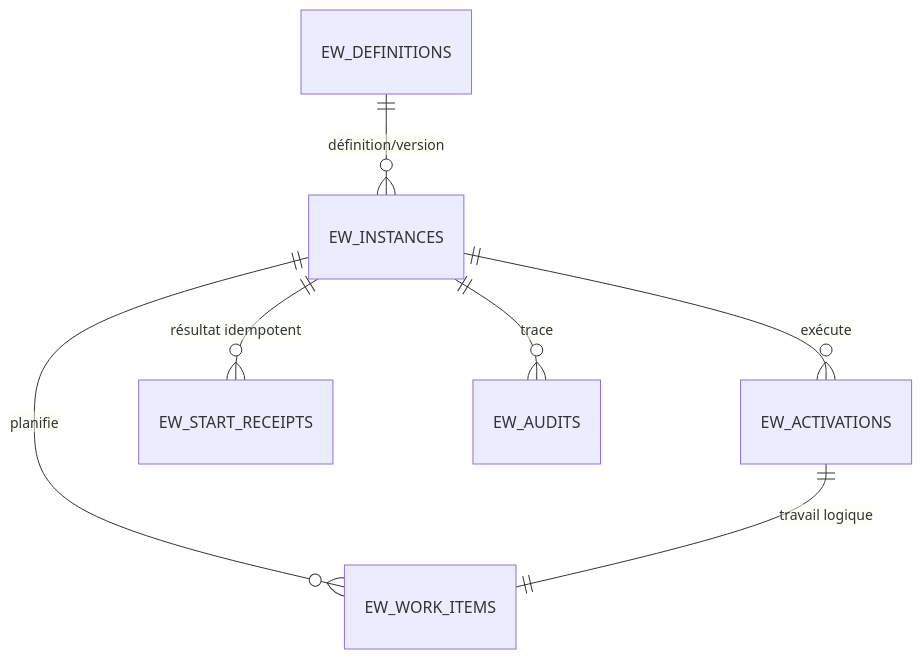
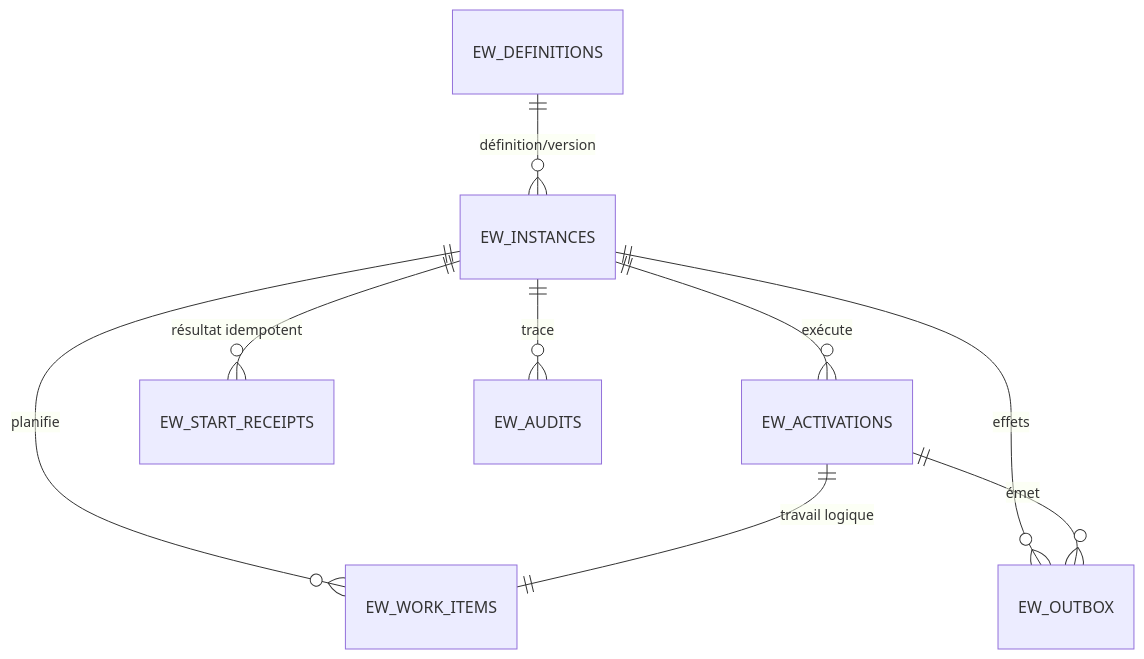
Before and after one commit to mbo2olivier/enterprise-workflow: the diagram in docs/architecture/oracle-schema.md, drawn with Mermaid. The commit also changed other lines of this file and 52 other files, not shown here.

````diff
--- a/docs/architecture/oracle-schema.md
+++ b/docs/architecture/oracle-schema.md
@@ -9,9 +9,11 @@
 ```mermaid
 erDiagram
     EW_DEFINITIONS ||--o{ EW_INSTANCES : "définition/version"
     EW_INSTANCES ||--o{ EW_ACTIVATIONS : "exécute"
     EW_INSTANCES ||--o{ EW_WORK_ITEMS : "planifie"
     EW_ACTIVATIONS ||--|| EW_WORK_ITEMS : "travail logique"
     EW_INSTANCES ||--o{ EW_START_RECEIPTS : "résultat idempotent"
     EW_INSTANCES ||--o{ EW_AUDITS : "trace"
+    EW_INSTANCES ||--o{ EW_OUTBOX : "effets"
+    EW_ACTIVATIONS ||--o{ EW_OUTBOX : "émet"
 ```
````
